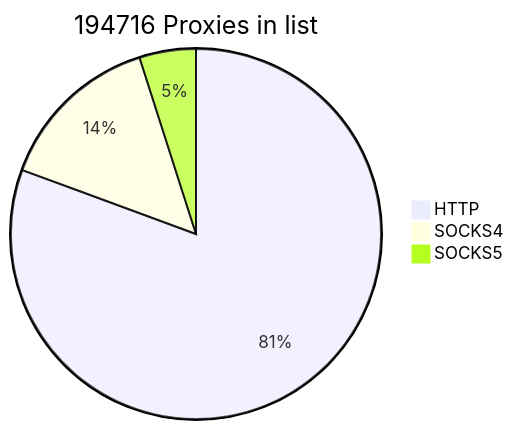
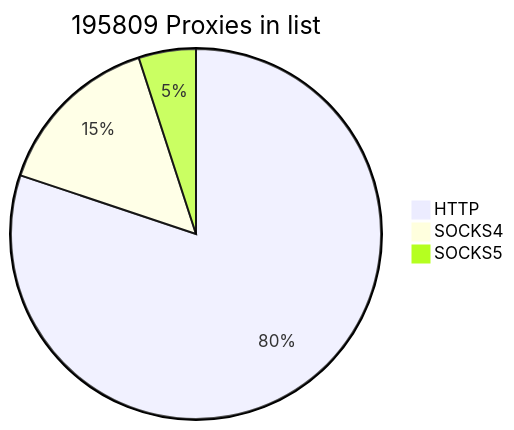
Before and after one commit to cutipu/proxylist: the first of 2 diagrams in README.md, drawn with Mermaid. The commit also changed other lines of this file, not shown here.

````diff
--- a/README.md
+++ b/README.md
@@ -2,7 +2,7 @@
 ```mermaid
-pie title 194716 Proxies in list
-    "HTTP" : 156968
-    "SOCKS4" : 28148
-    "SOCKS5" : 9600
+pie title 195809 Proxies in list
+    "HTTP" : 156912
+    "SOCKS4" : 29107
+    "SOCKS5" : 9790
             
 ```
````
